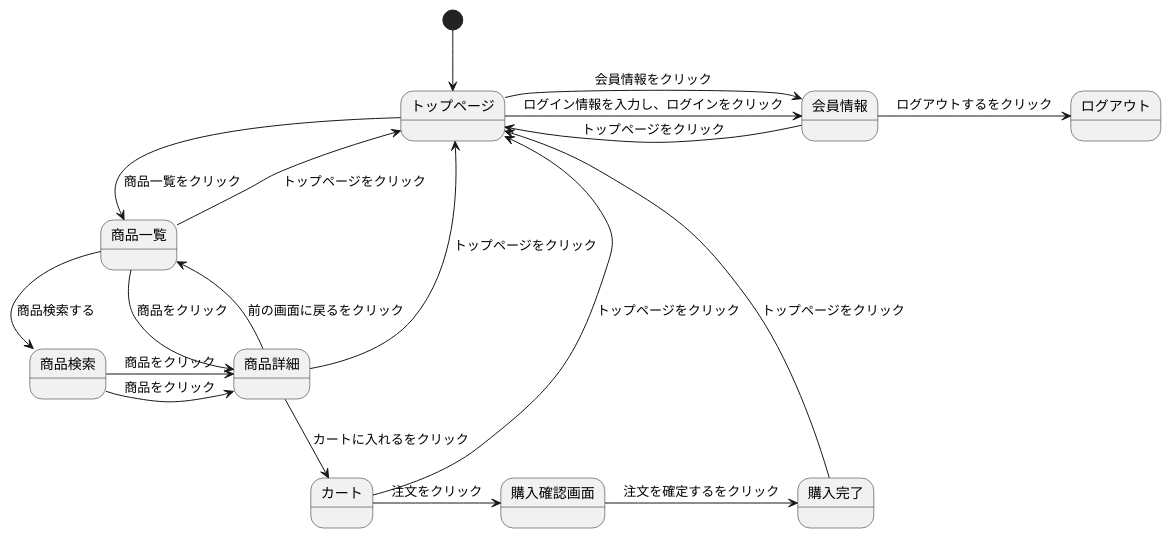
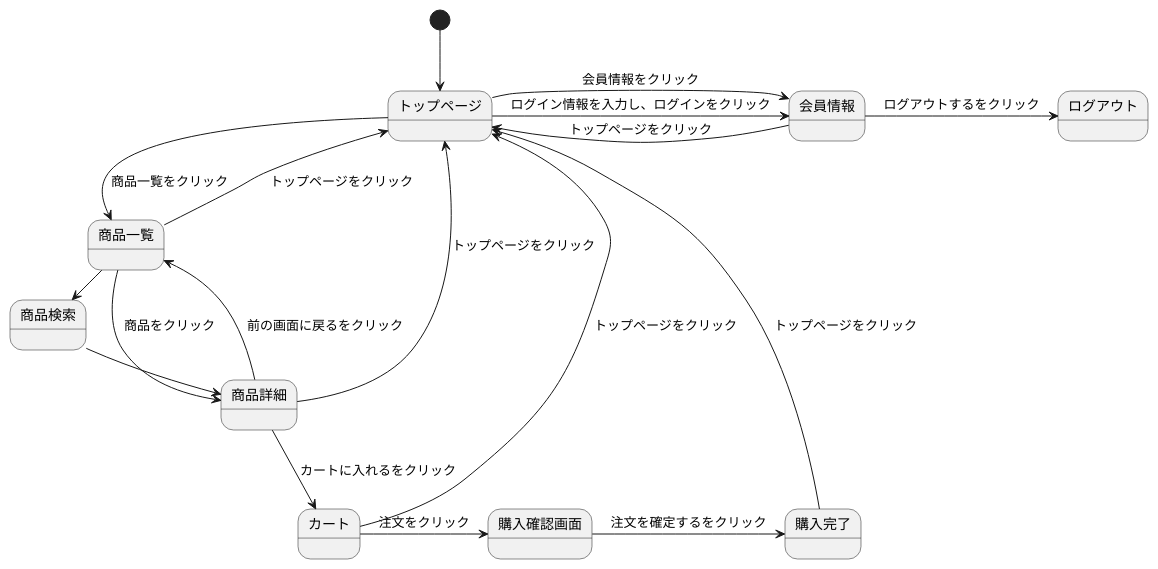
One commit to Aso2001392/2021sys-design changed the diagram in kadai12.md. Above: the diagram before and after it, drawn with PlantUML.

````diff
--- a/kadai12.md
+++ b/kadai12.md
@@ -1,25 +1,24 @@
 ```uml
 @startuml
 
 [*] --> トップページ
 トップページ -> 会員情報 : ログイン情報を入力し、ログインをクリック
 トップページ -> 会員情報 : 会員情報をクリック
 トップページ ->商品一覧 : 商品一覧をクリック
 会員情報 -> ログアウト : ログアウトするをクリック
 会員情報 -> トップページ : トップページをクリック
 商品一覧 -> 商品検索 : 商品検索する
 商品検索 -> 商品詳細 : 商品をクリック
 商品一覧 -> 商品詳細 : 商品をクリック
-商品検索 -> 商品詳細 : 商品をクリック
 商品一覧 --> トップページ : トップページをクリック
 商品詳細 --> カート : カートに入れるをクリック
 商品詳細 --> 商品一覧 : 前の画面に戻るをクリック
 商品詳細 -> トップページ : トップページをクリック
 カート -> 購入確認画面 : 注文をクリック
 カート -> トップページ : トップページをクリック
 購入確認画面 -> 購入完了 : 注文を確定するをクリック
 購入完了 -> トップページ : トップページをクリック
 
 @enduml
 
 ```
````
